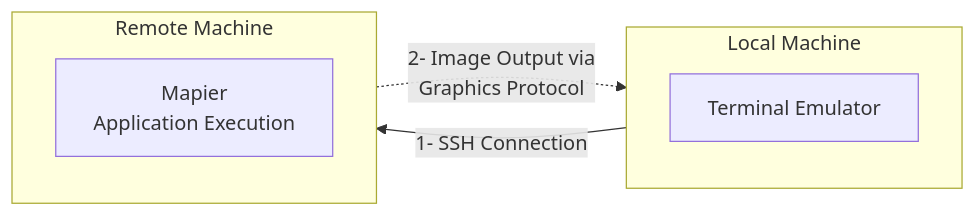
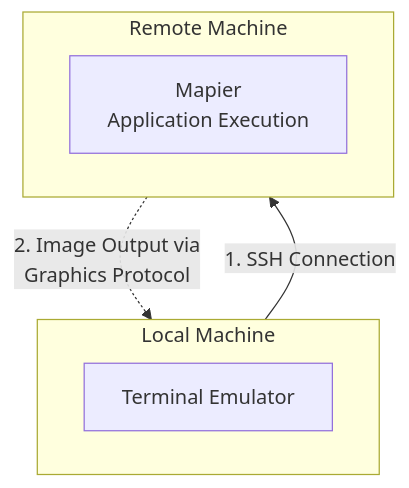
The diagram in README.md (victor-arantes/mapier), drawn with Mermaid before and after one commit.

Commit message:
worflow 3

````diff
--- a/README.md
+++ b/README.md
@@ -13,15 +13,15 @@
 ```mermaid
-flowchart LR
+flowchart TB
     subgraph LOCAL["Local Machine"]
-        direction TB
-        TERM["Terminal Emulator<br/>"]
+        direction LR
+        TERM["Terminal Emulator"]
     end
 
     subgraph REMOTE["Remote Machine"]
-        direction TB
+        direction LR
         APP["Mapier<br/>Application Execution"]
     end
 
-    TERM -->|"1- SSH Connection"| APP
-    APP -.->|"2- Image Output via<br/>Graphics Protocol"| TERM
+    TERM -->|"1. SSH Connection"| APP
+    APP -.->|"2. Image Output via <br/> Graphics Protocol"| TERM
 ```
````
